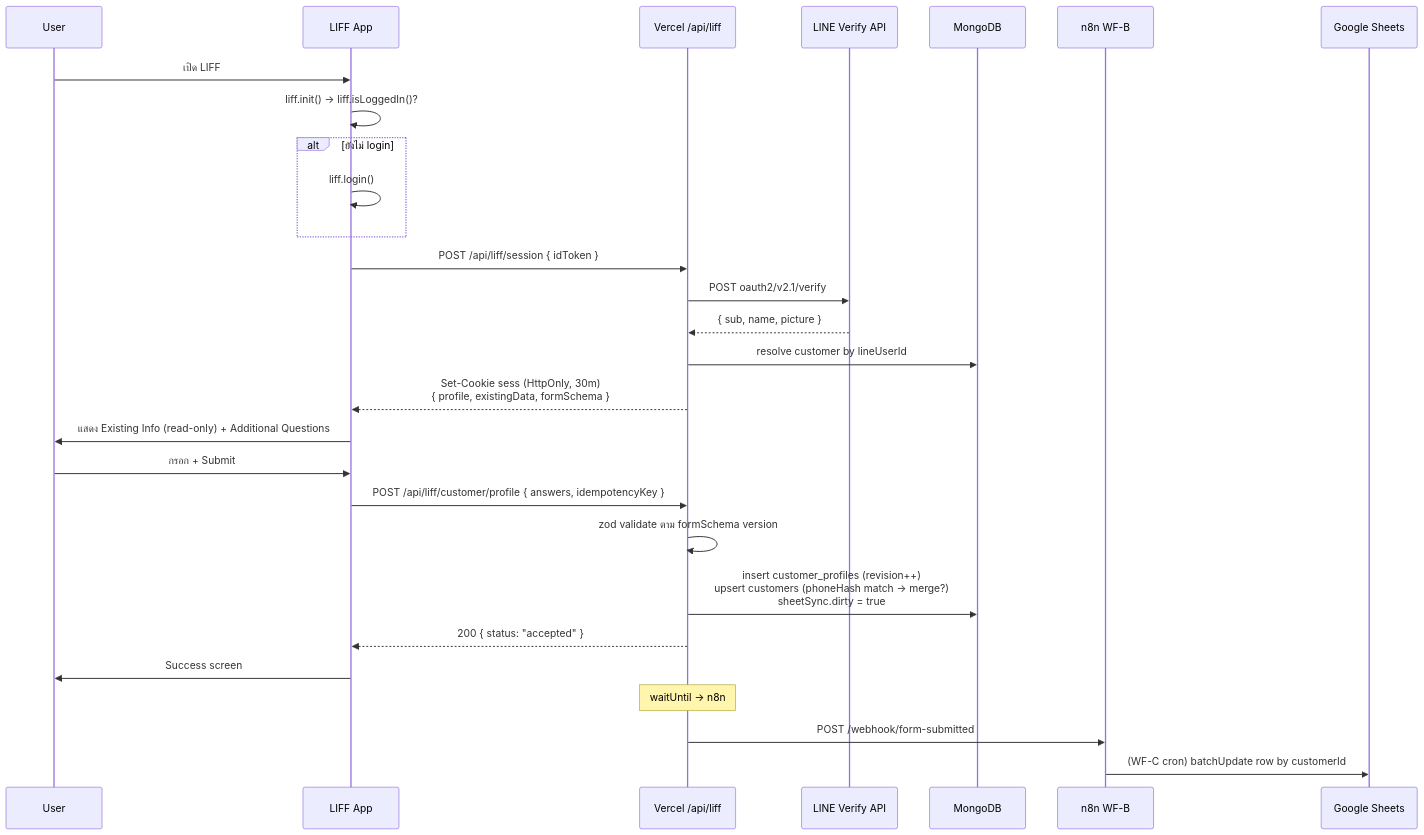
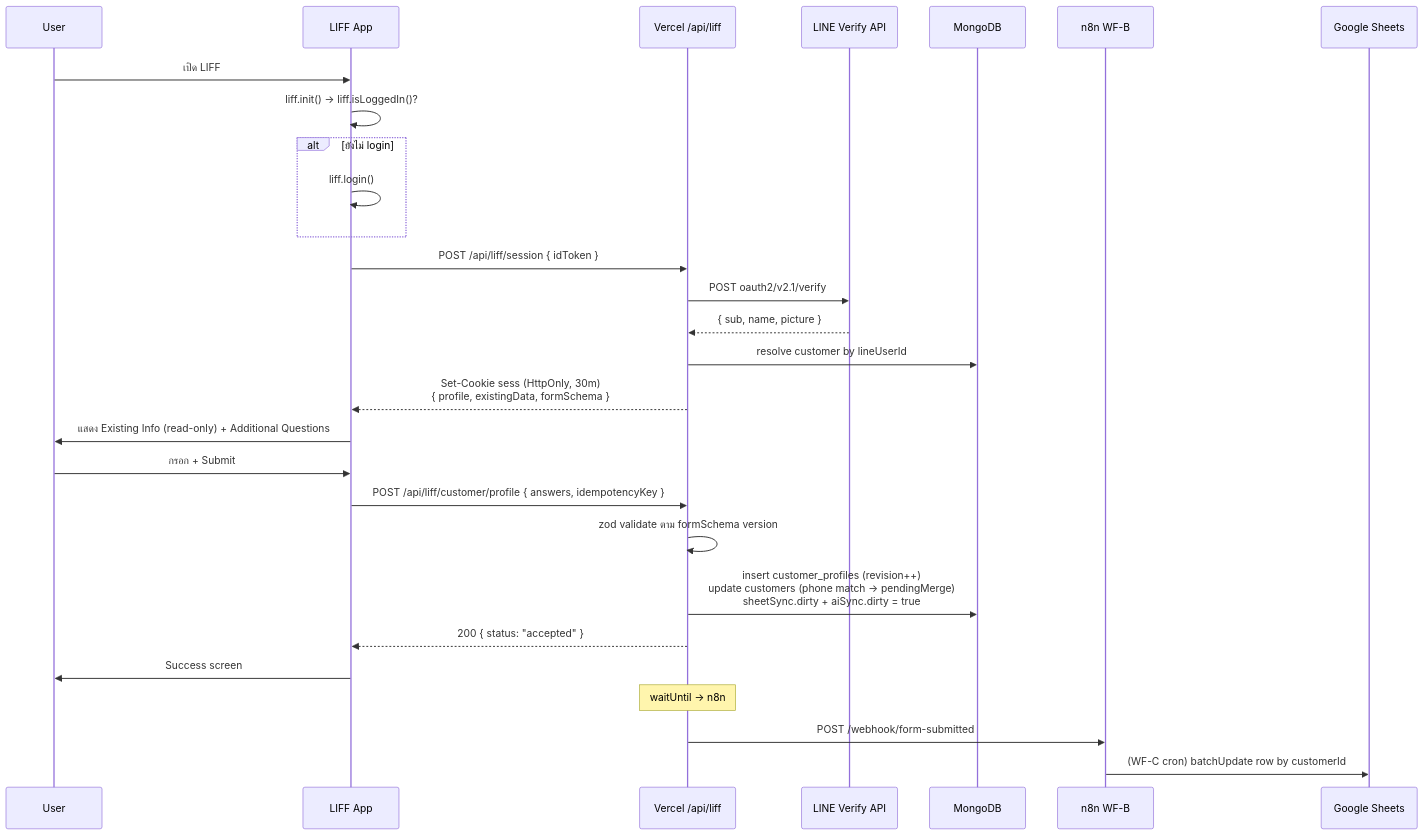
Before and after one commit to Kanyakrit-2544/LIFF-Frontend: the third of 5 diagrams in docs/01-architecture.md, drawn with Mermaid. The commit also changed other lines of this file and 51 other files, not shown here.

````diff
--- a/docs/01-architecture.md
+++ b/docs/01-architecture.md
@@ -127,31 +127,31 @@
 ```mermaid
 sequenceDiagram
     participant U as User
     participant F as LIFF App
     participant V as Vercel /api/liff
     participant LN as LINE Verify API
     participant M as MongoDB
     participant N as n8n WF-B
     participant S as Google Sheets
 
     U->>F: เปิด LIFF
     F->>F: liff.init() → liff.isLoggedIn()?
     alt ยังไม่ login
         F->>F: liff.login()
     end
     F->>V: POST /api/liff/session { idToken }
     V->>LN: POST oauth2/v2.1/verify
     LN-->>V: { sub, name, picture }
     V->>M: resolve customer by lineUserId
     V-->>F: Set-Cookie sess (HttpOnly, 30m)<br/>{ profile, existingData, formSchema }
     F->>U: แสดง Existing Info (read-only) + Additional Questions
     U->>F: กรอก + Submit
     F->>V: POST /api/liff/customer/profile { answers, idempotencyKey }
     V->>V: zod validate ตาม formSchema version
-    V->>M: insert customer_profiles (revision++)<br/>upsert customers (phoneHash match → merge?)<br/>sheetSync.dirty = true
+    V->>M: insert customer_profiles (revision++)<br/>update customers (phone match → pendingMerge)<br/>sheetSync.dirty + aiSync.dirty = true
     V-->>F: 200 { status: "accepted" }
     F->>U: Success screen
     Note over V: waitUntil → n8n
     V->>N: POST /webhook/form-submitted
     N->>S: (WF-C cron) batchUpdate row by customerId
 ```
````
